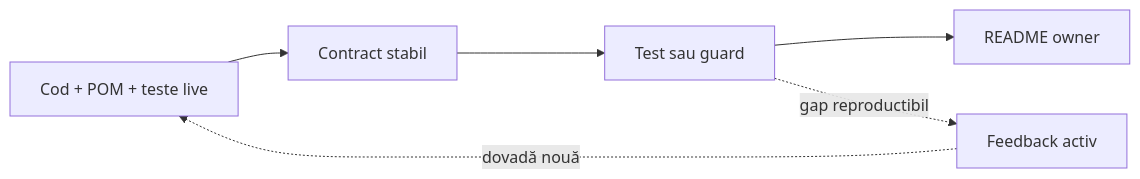
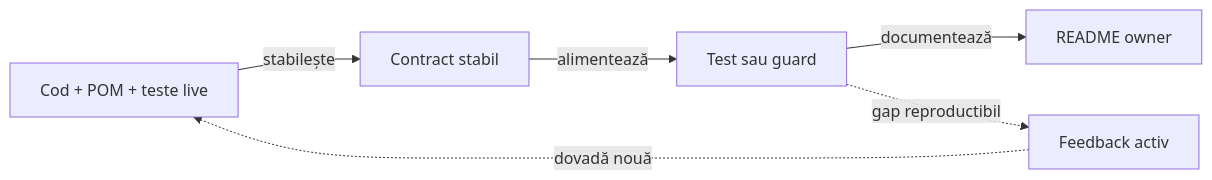
One commit to crististefanita/demo2 changed the diagram in docs/README_Atf_BestPractices.md. Above: the diagram before and after it, drawn with Mermaid. The commit also changed 52 other files, not shown here.

````diff
--- a/docs/README_Atf_BestPractices.md
+++ b/docs/README_Atf_BestPractices.md
@@ -26,8 +26,8 @@
 ```mermaid
 flowchart LR
-    Live[Cod + POM + teste live] --> Contract[Contract stabil]
-    Contract --> Gate[Test sau guard]
-    Gate --> Owner[README owner]
+    Live[Cod + POM + teste live] -->|stabilește| Contract[Contract stabil]
+    Contract -->|alimentează| Gate[Test sau guard]
+    Gate -->|documentează| Owner[README owner]
     Gate -. gap reproductibil .-> Feedback[Feedback activ]
     Feedback -. dovadă nouă .-> Live
 ```
````
